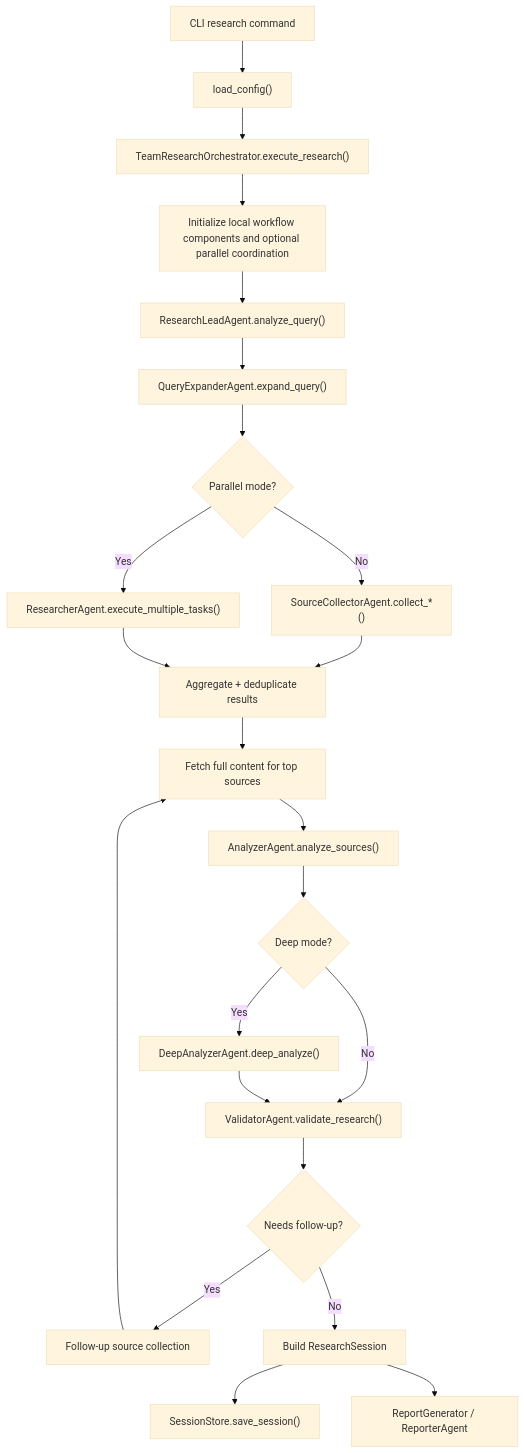
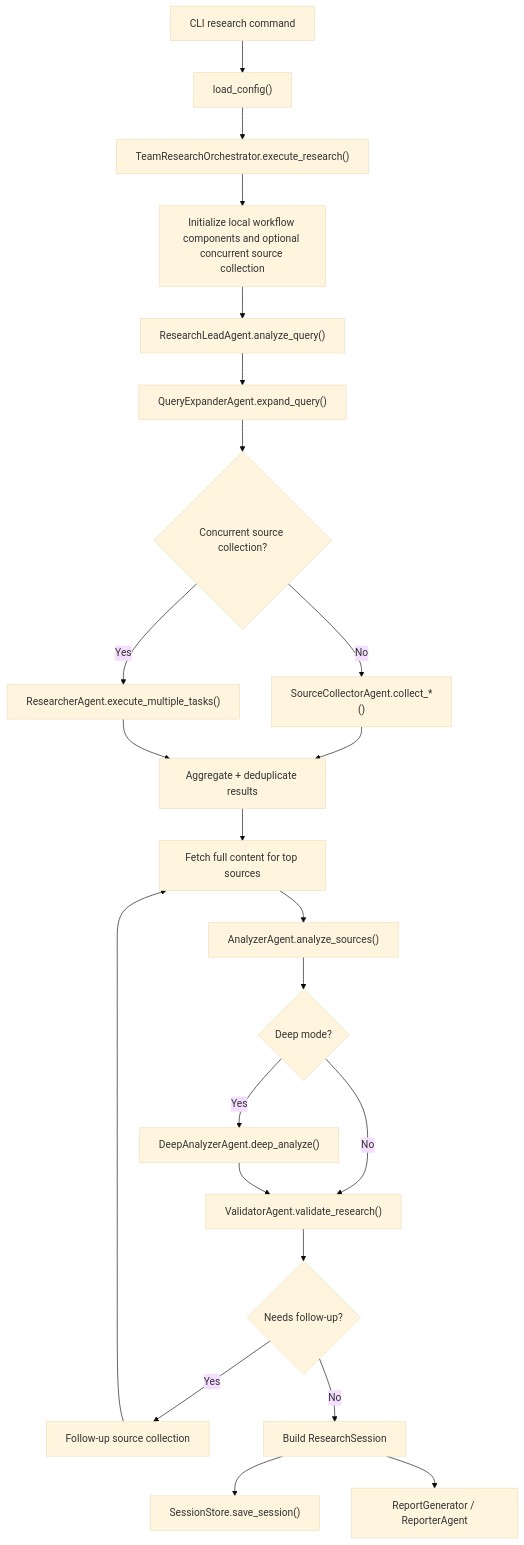
The diagram in docs/RESEARCH_WORKFLOW.md (xxibcill/cc-deep-reasearch), drawn with Mermaid (base theme) before and after one commit. The commit also changed other lines of this file and 10 other files, not shown here.

````diff
--- a/docs/RESEARCH_WORKFLOW.md
+++ b/docs/RESEARCH_WORKFLOW.md
@@ -41,25 +41,25 @@
 ```mermaid
 flowchart TD
     A["CLI research command"] --> B["load_config()"]
     B --> C["TeamResearchOrchestrator.execute_research()"]
-    C --> D["Initialize local workflow components and optional parallel coordination"]
+    C --> D["Initialize local workflow components and optional concurrent source collection"]
     D --> E["ResearchLeadAgent.analyze_query()"]
     E --> F["QueryExpanderAgent.expand_query()"]
-    F --> G{"Parallel mode?"}
+    F --> G{"Concurrent source collection?"}
     G -- "No" --> H["SourceCollectorAgent.collect_*()"]
     G -- "Yes" --> I["ResearcherAgent.execute_multiple_tasks()"]
     H --> J["Aggregate + deduplicate results"]
     I --> J
     J --> K["Fetch full content for top sources"]
     K --> L["AnalyzerAgent.analyze_sources()"]
     L --> M{"Deep mode?"}
     M -- "Yes" --> N["DeepAnalyzerAgent.deep_analyze()"]
     M -- "No" --> O["ValidatorAgent.validate_research()"]
     N --> O
     O --> P{"Needs follow-up?"}
     P -- "Yes" --> Q["Follow-up source collection"]
     Q --> K
     P -- "No" --> R["Build ResearchSession"]
     R --> S["SessionStore.save_session()"]
     R --> T["ReportGenerator / ReporterAgent"]
 ```
````
